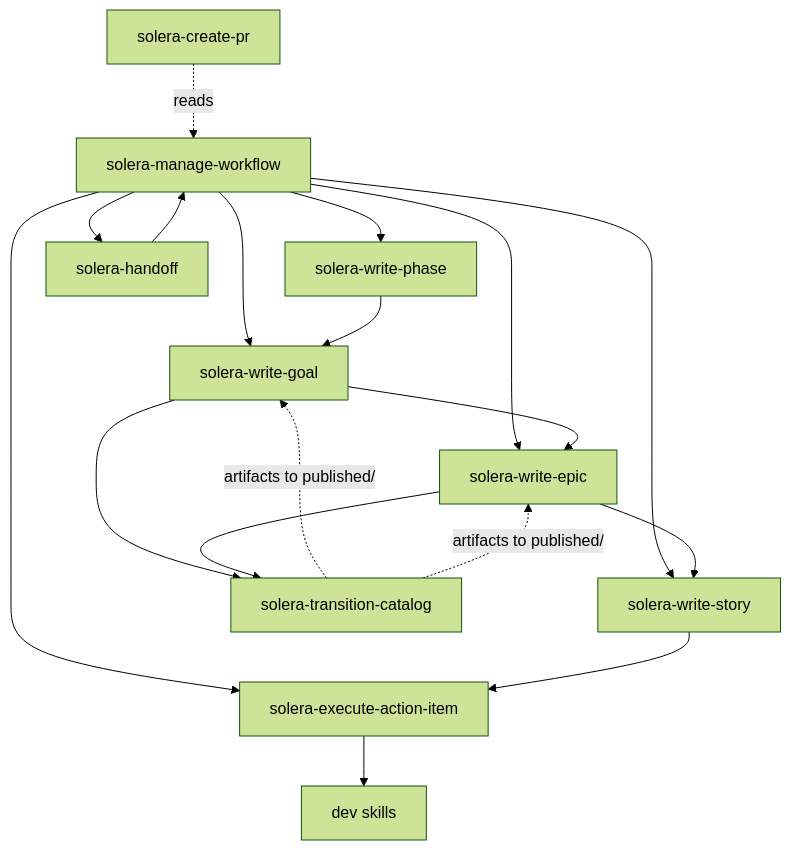
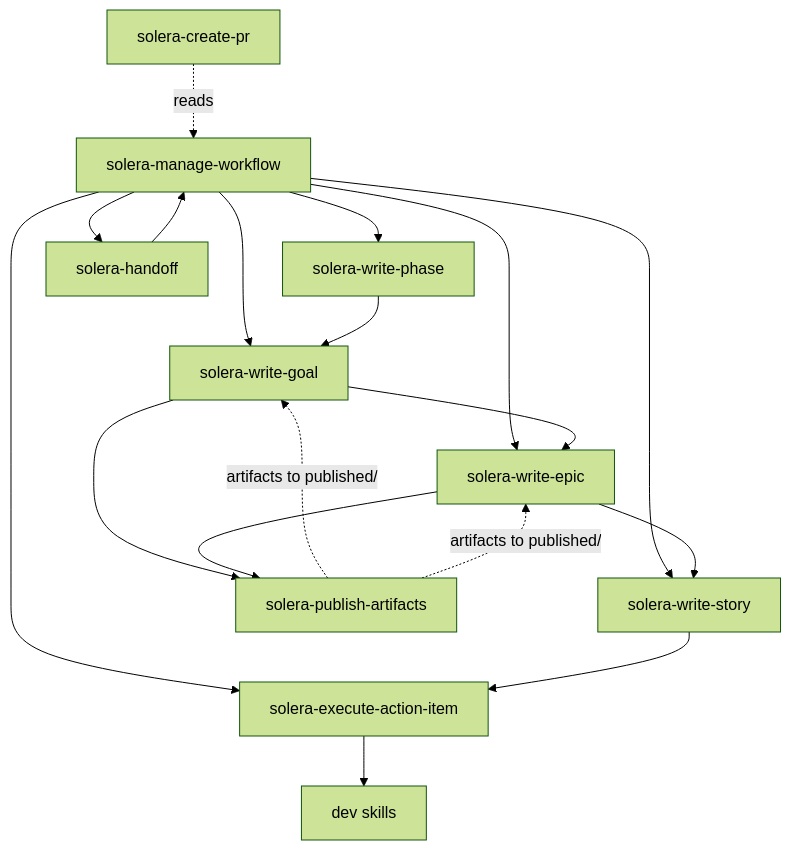
The first of 2 diagrams in solera/docs/architecture.md (noory-code/noory-ai), drawn with Mermaid (forest theme) before and after one commit. The commit also changed other lines of this file and 24 other files, not shown here.

First line of the commit message:
feat(solera): enforce workflow_gates, rename publish-artifacts, translate to English (v2.9.0)

````diff
--- a/solera/docs/architecture.md
+++ b/solera/docs/architecture.md
@@ -11,34 +11,34 @@
 ```mermaid
 flowchart TD
     WM[solera-manage-workflow]
     WPH[solera-write-phase]
     WG[solera-write-goal]
     WE[solera-write-epic]
     WS[solera-write-story]
     WAI[solera-execute-action-item]
     WPR[solera-create-pr]
-    CT[solera-transition-catalog]
+    CT[solera-publish-artifacts]
     HO[solera-handoff]
     DEV[dev skills]
 
     WM --> WPH
     WM --> WG
     WM --> WE
     WM --> WS
     WM --> WAI
 
     WPH --> WG
     WG --> WE
     WG --> CT
     WE --> CT
     WE --> WS
     WS --> WAI
     WAI --> DEV
 
     WM --> HO
     HO --> WM
 
     WPR -.->|reads| WM
     CT -.->|artifacts to published/| WG
     CT -.->|artifacts to published/| WE
 ```
````
